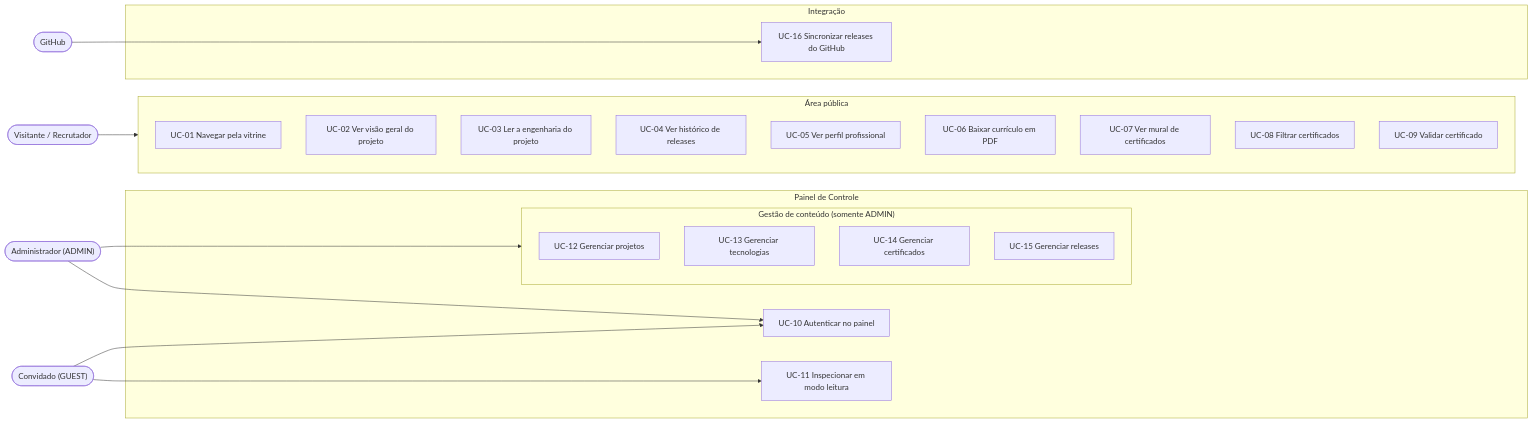
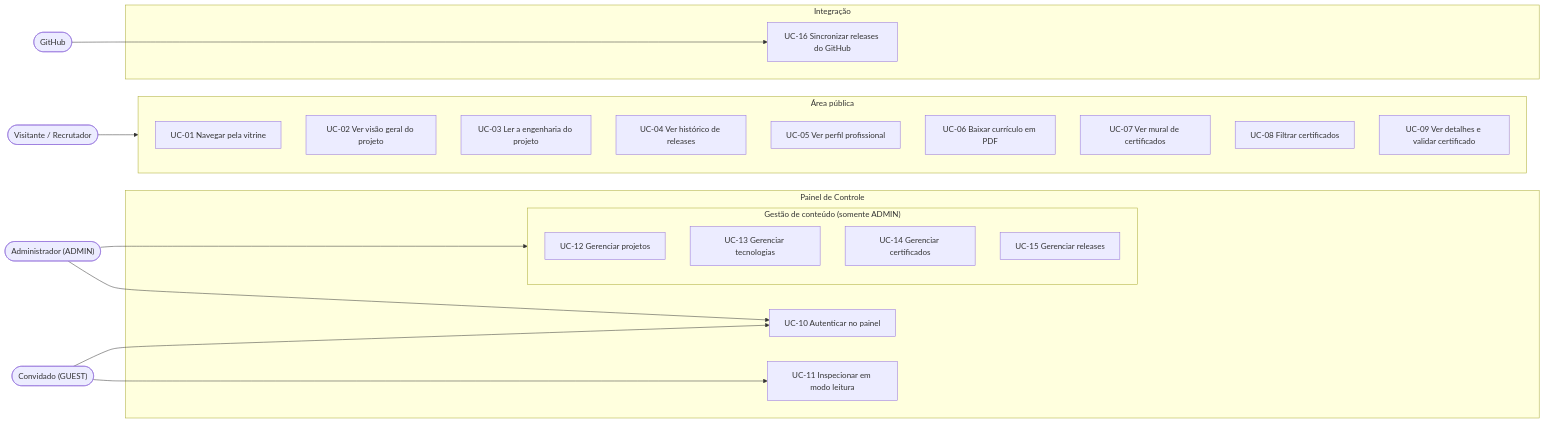
Before and after one commit to JosivalSalvador/portfolio_JosivalSalvador: the diagram in docs/casos-de-uso.md, drawn with Mermaid. The commit also changed other lines of this file and 66 other files, not shown here.

````diff
--- a/docs/casos-de-uso.md
+++ b/docs/casos-de-uso.md
@@ -55,41 +55,41 @@
 ```mermaid
 flowchart LR
     V(["Visitante / Recrutador"])
     G(["Convidado (GUEST)"])
     A(["Administrador (ADMIN)"])
     GH(["GitHub"])
 
     subgraph PUB["Área pública"]
         UC01["UC-01 Navegar pela vitrine"]
         UC02["UC-02 Ver visão geral do projeto"]
         UC03["UC-03 Ler a engenharia do projeto"]
         UC04["UC-04 Ver histórico de releases"]
         UC05["UC-05 Ver perfil profissional"]
         UC06["UC-06 Baixar currículo em PDF"]
         UC07["UC-07 Ver mural de certificados"]
         UC08["UC-08 Filtrar certificados"]
-        UC09["UC-09 Validar certificado"]
+        UC09["UC-09 Ver detalhes e validar certificado"]
     end
 
     subgraph PAINEL["Painel de Controle"]
         UC10["UC-10 Autenticar no painel"]
         UC11["UC-11 Inspecionar em modo leitura"]
         subgraph GESTAO["Gestão de conteúdo (somente ADMIN)"]
             UC12["UC-12 Gerenciar projetos"]
             UC13["UC-13 Gerenciar tecnologias"]
             UC14["UC-14 Gerenciar certificados"]
             UC15["UC-15 Gerenciar releases"]
         end
     end
 
     subgraph INT["Integração"]
         UC16["UC-16 Sincronizar releases do GitHub"]
     end
 
     V --> PUB
     G --> UC10
     G --> UC11
     A --> UC10
     A --> GESTAO
     GH --> UC16
 ```
````
